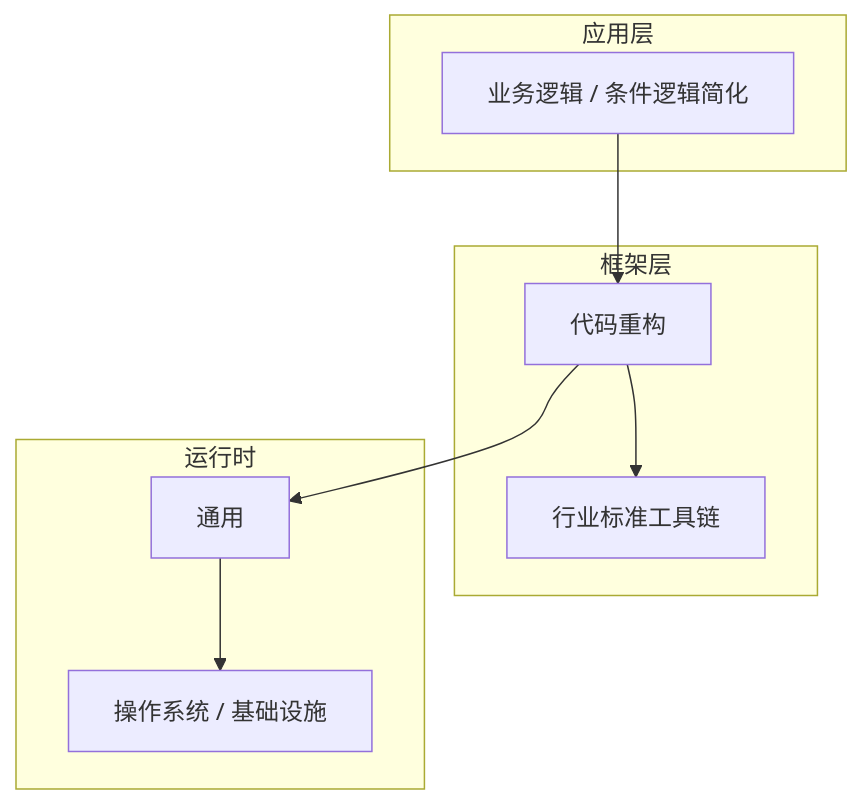
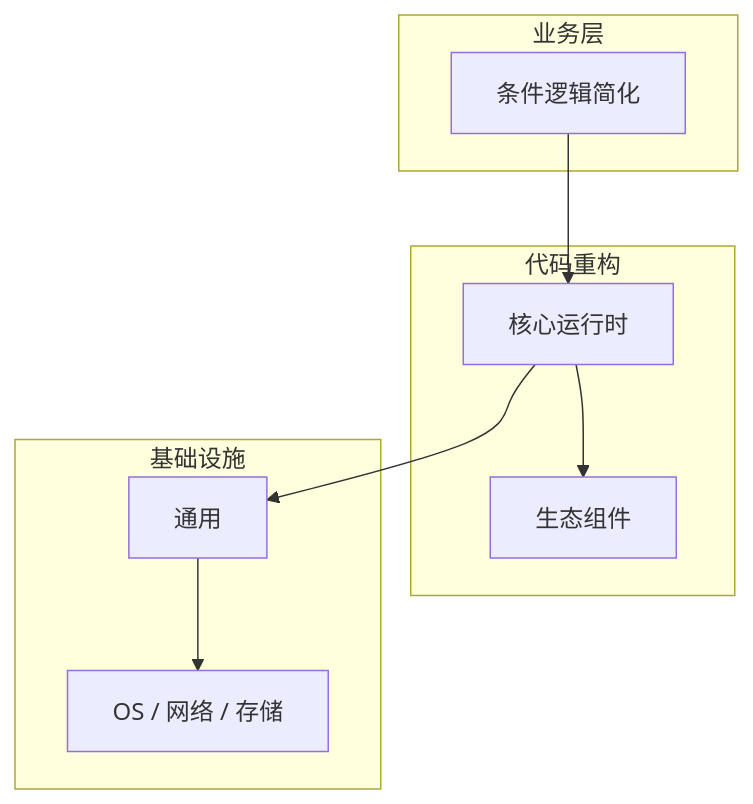
The diagram in articles/代码重构/chapters/049-条件逻辑简化核心概念与原理.md (yanggan2015/knowledge-json-v2), drawn with Mermaid before and after one commit. The commit also changed other lines of this file and 10127 other files, not shown here.

````diff
--- a/articles/代码重构/chapters/049-条件逻辑简化核心概念与原理.md
+++ b/articles/代码重构/chapters/049-条件逻辑简化核心概念与原理.md
@@ -45,18 +34,18 @@
 ```mermaid
 graph TB
-    subgraph 应用层
-        A[业务逻辑 / 条件逻辑简化]
+    subgraph 业务层
+        A[条件逻辑简化]
     end
-    subgraph 框架层
-        B[代码重构]
-        C[行业标准工具链]
+    subgraph 代码重构
+        B[核心运行时]
+        C[生态组件]
     end
-    subgraph 运行时
+    subgraph 基础设施
         D[通用]
-        E[操作系统 / 基础设施]
+        E[OS / 网络 / 存储]
     end
     A --> B
     B --> C
     B --> D
     D --> E
 ```
````
